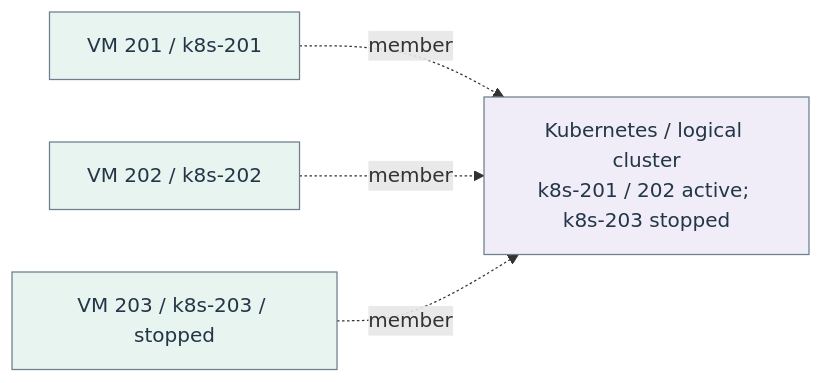
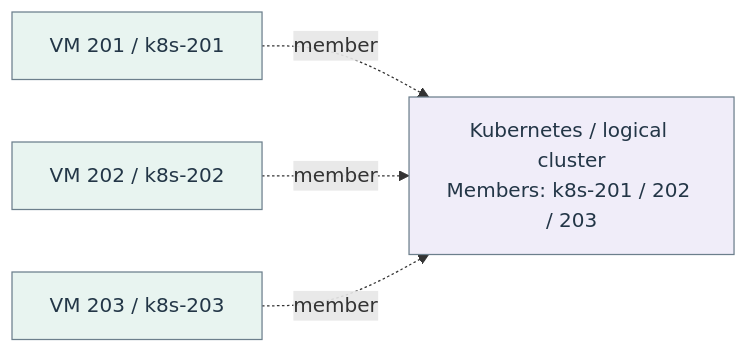
One commit to Harsh-2002/Homelab changed diagram 18 of 22 in docs/architecture/homelab-mermaid.md. Above: the diagram before and after it, drawn with Mermaid. The commit also changed other lines of this file and 70 other files, not shown here.

````diff
--- a/docs/architecture/homelab-mermaid.md
+++ b/docs/architecture/homelab-mermaid.md
@@ -554,14 +554,14 @@
 ```mermaid
 flowchart LR
-  n_flow_8_0["Kubernetes / logical cluster<br/>k8s-201 / 202 active; k8s-203 stopped"]
+  n_flow_8_0["Kubernetes / logical cluster<br/>Members: k8s-201 / 202 / 203"]
   n_flow_8_1["VM 201 / k8s-201"]
   n_flow_8_2["VM 202 / k8s-202"]
-  n_flow_8_3["VM 203 / k8s-203 / stopped"]
+  n_flow_8_3["VM 203 / k8s-203"]
   n_flow_8_1 -.->|"member"| n_flow_8_0
   n_flow_8_2 -.->|"member"| n_flow_8_0
   n_flow_8_3 -.->|"member"| n_flow_8_0
   classDef c_flow_8_0 fill:#f0edf9,stroke:#6c7f8c,color:#233647;
   class n_flow_8_0 c_flow_8_0;
   classDef c_flow_8_1 fill:#e8f4f0,stroke:#6c7f8c,color:#233647;
   class n_flow_8_1,n_flow_8_2,n_flow_8_3 c_flow_8_1;
 ```
````
